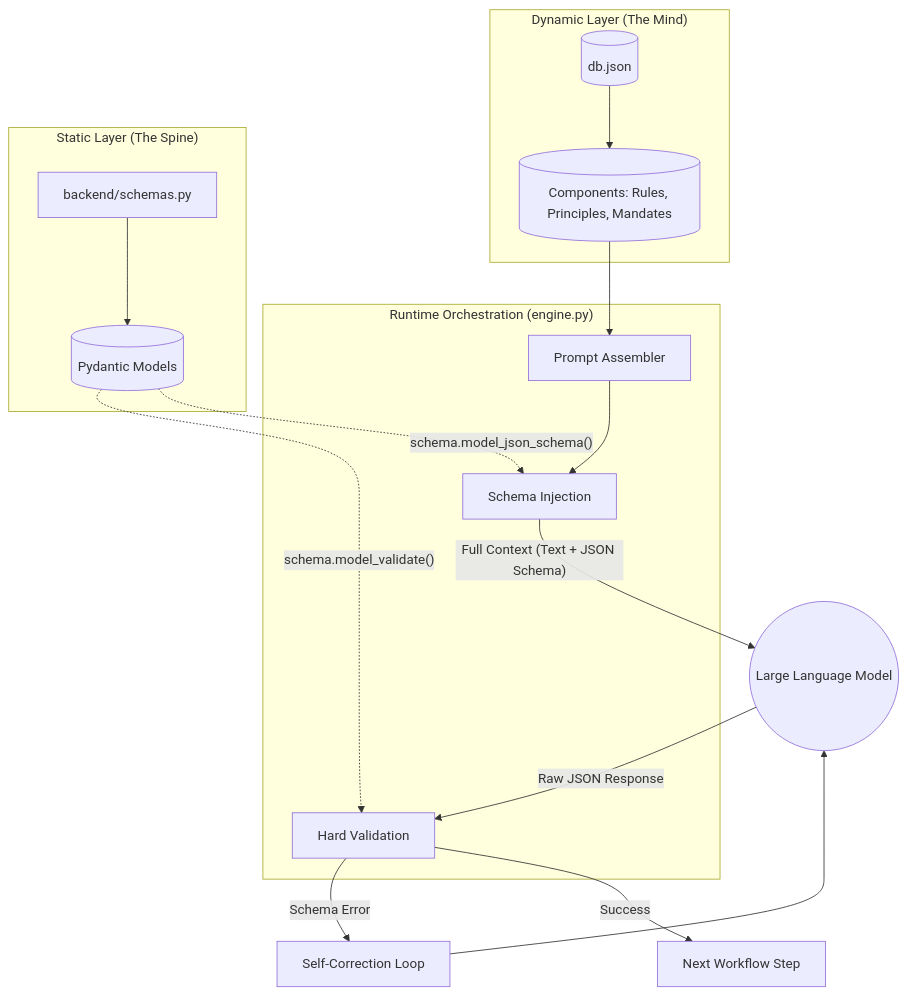
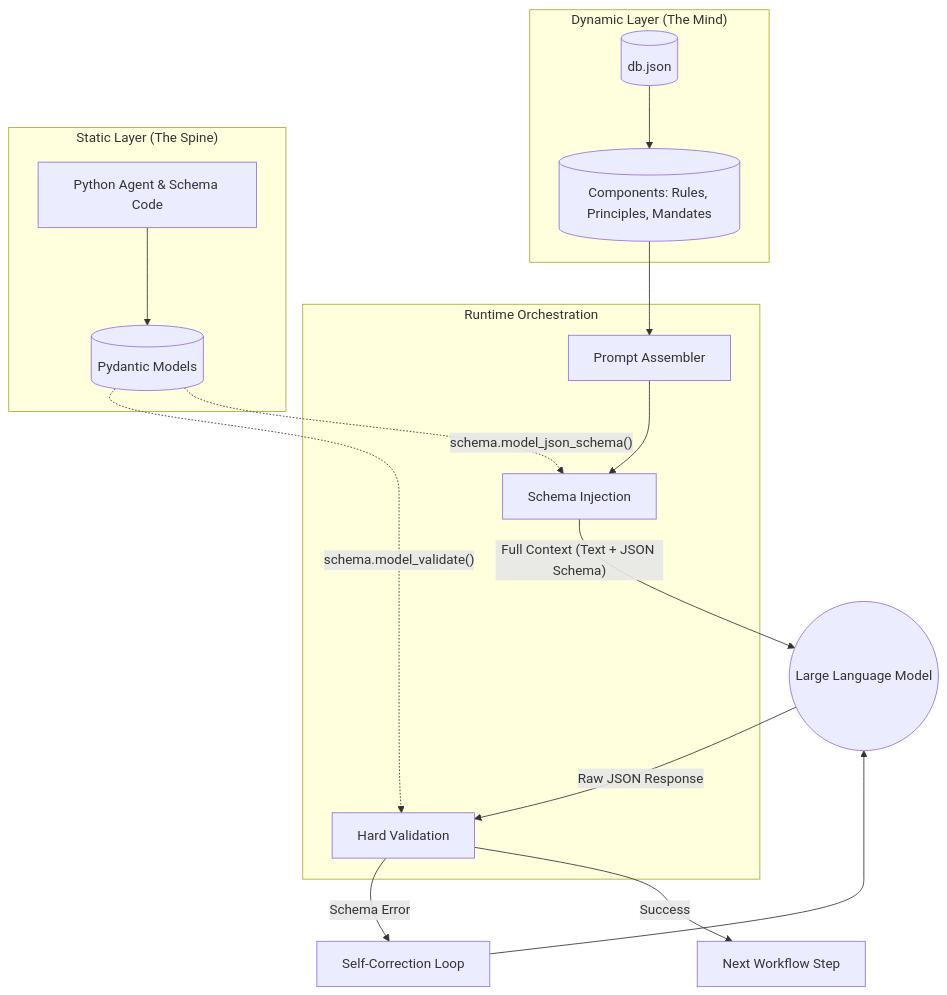
Before and after one commit to launis/quorum: the diagram in docs/structured_cognitive_architecture.md, drawn with Mermaid. The commit also changed other lines of this file and 32 other files, not shown here.

Commit message:
feat: Introduce core LLM agent architecture, structured output, and comprehensive documentation.

````diff
--- a/docs/structured_cognitive_architecture.md
+++ b/docs/structured_cognitive_architecture.md
@@ -97,35 +97,35 @@
 ```mermaid
 graph TD
     subgraph "Dynamic Layer (The Mind)"
         DB[("db.json")]
         Prompt[("Components: Rules, Principles, Mandates")]
         DB --> Prompt
     end
 
     subgraph "Static Layer (The Spine)"
-        Code["backend/schemas.py"]
+        Code["Python Agent & Schema Code"]
         Schema[("Pydantic Models")]
         Code --> Schema
     end
 
-    subgraph "Runtime Orchestration (engine.py)"
+    subgraph "Runtime Orchestration"
         Builder["Prompt Assembler"]
         Injector["Schema Injection"]
         Validator["Hard Validation"]
     end
 
     LLM(("Large Language Model"))
 
     %% Flow
     Prompt --> Builder
     Builder --> Injector
     Schema -.-> |"schema.model_json_schema()"| Injector
     Injector --> |"Full Context (Text + JSON Schema)"| LLM
     
     LLM --> |"Raw JSON Response"| Validator
     Schema -.-> |"schema.model_validate()"| Validator
     
     Validator --> |"Success"| NextStep["Next Workflow Step"]
     Validator --> |"Schema Error"| Retry["Self-Correction Loop"]
     Retry --> LLM
 ```
````
